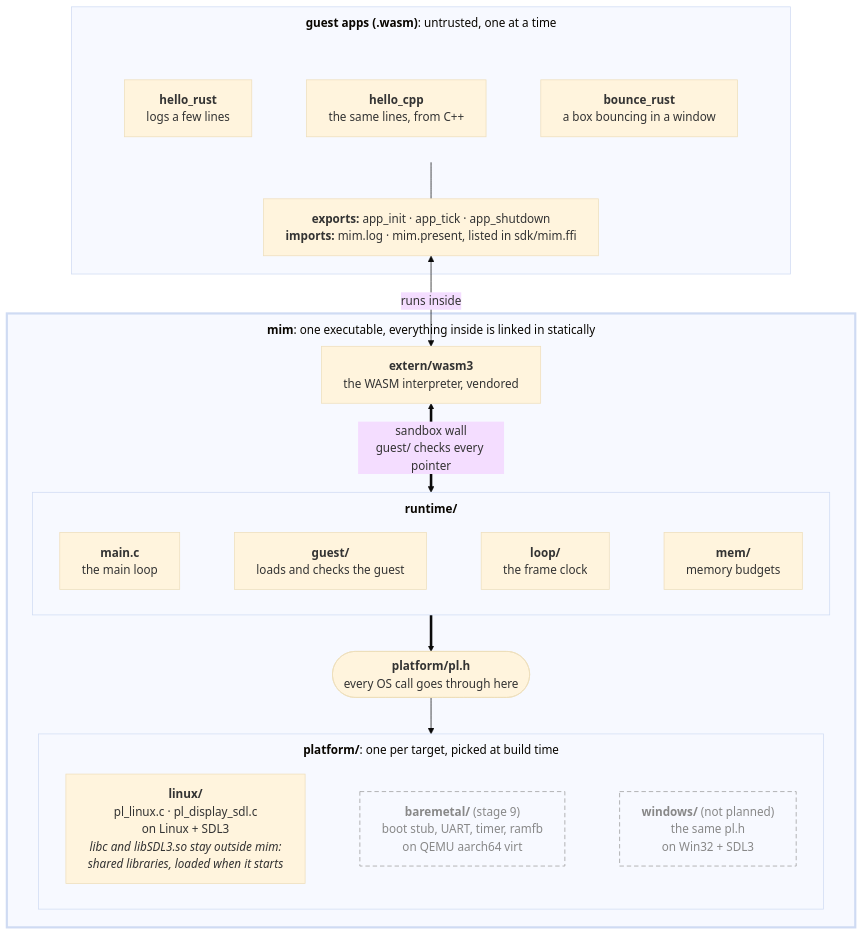
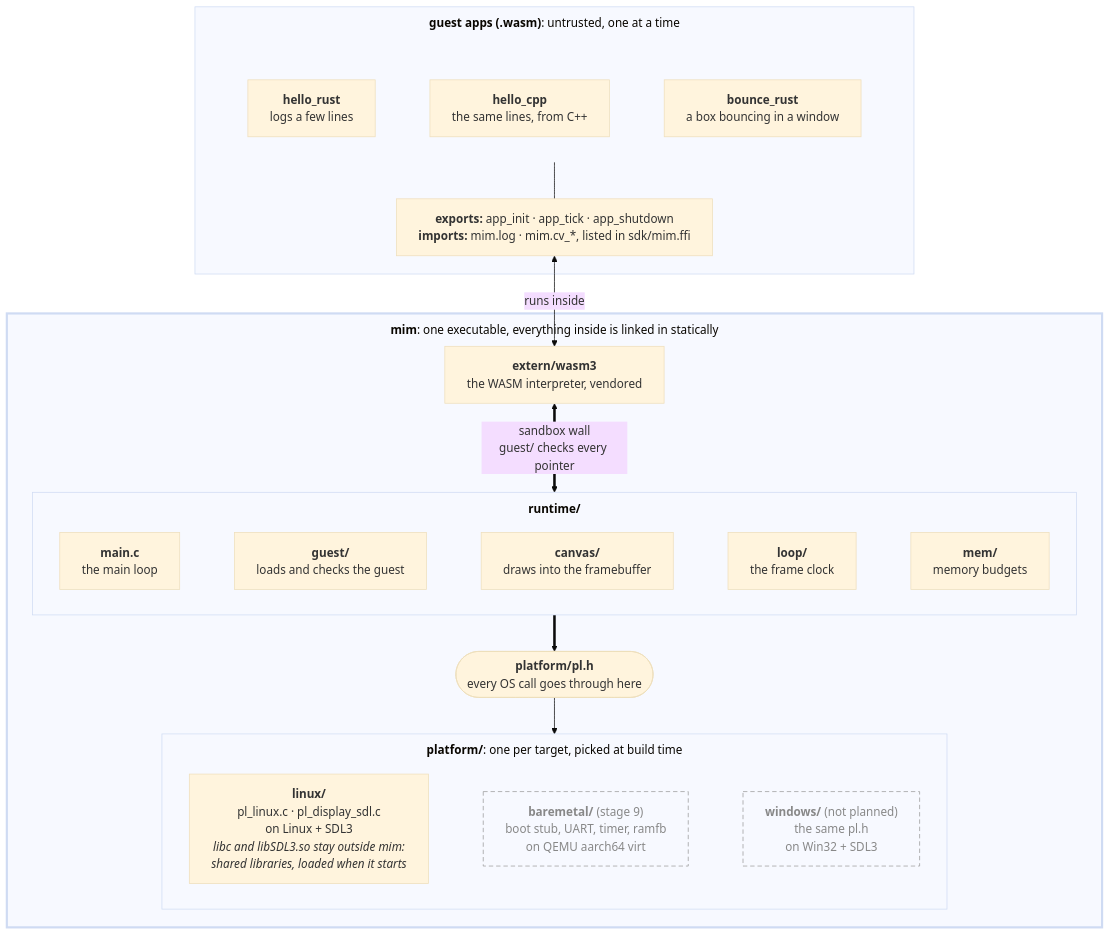
The first of 3 diagrams in README.md (arinal/mim), drawn with Mermaid (base theme) before and after one commit. The commit also changed other lines of this file and 26 other files, not shown here.

````diff
--- a/README.md
+++ b/README.md
@@ -12,51 +12,52 @@
 ```mermaid
 %%{init: {"flowchart": {"wrappingWidth": 400, "subGraphTitleMargin": {"top": 10, "bottom": 10}}}}%%
 flowchart TB
     accTitle: How MIM fits together
-    accDescr: Everything except the guest apps is one executable, mim; on Linux it loads libc and libSDL3 as shared libraries. Three untrusted WASM guest apps (hello_rust, hello_cpp, bounce_rust), loaded one at a time, run inside the wasm3 interpreter. Their imports reach the runtime's guest loader, which checks every pointer. The runtime reaches the OS only through platform/pl.h. Linux implements it today; bare metal in QEMU is planned for stage 9, and Windows is not planned.
+    accDescr: Everything except the guest apps is one executable, mim; on Linux it loads libc and libSDL3 as shared libraries. Three untrusted WASM guest apps (hello_rust, hello_cpp, bounce_rust), loaded one at a time, run inside the wasm3 interpreter. Their imports reach the runtime's guest loader, which checks every pointer and passes drawing calls to the canvas, which draws into the framebuffer. The runtime reaches the OS only through platform/pl.h. Linux implements it today; bare metal in QEMU is planned for stage 9, and Windows is not planned.
 
     subgraph apps["<b>guest apps (.wasm)</b>: untrusted, one at a time"]
         subgraph list[" "]
             direction LR
             hello_rust["<b>hello_rust</b><br/>logs a few lines"]
             hello_cpp["<b>hello_cpp</b><br/>the same lines, from C++"]
             bounce_rust["<b>bounce_rust</b><br/>a box bouncing in a window"]
             hello_rust ~~~ hello_cpp ~~~ bounce_rust
         end
-        abi["<b>exports:</b> app_init · app_tick · app_shutdown<br/><b>imports:</b> mim.log · mim.present, listed in sdk/mim.ffi"]
+        abi["<b>exports:</b> app_init · app_tick · app_shutdown<br/><b>imports:</b> mim.log · mim.cv_*, listed in sdk/mim.ffi"]
         list --- abi
     end
 
     subgraph mim["<b>mim</b>: one executable, everything inside is linked in statically"]
         wasm3["<b>extern/wasm3</b><br/>the WASM interpreter, vendored"]
 
         subgraph runtime["<b>runtime/</b>"]
             direction LR
             main["<b>main.c</b><br/>the main loop"]
             loader["<b>guest/</b><br/>loads and checks the guest"]
+            canvas["<b>canvas/</b><br/>draws into the framebuffer"]
             loop["<b>loop/</b><br/>the frame clock"]
             mem["<b>mem/</b><br/>memory budgets"]
-            main ~~~ loader ~~~ loop ~~~ mem
+            main ~~~ loader ~~~ canvas ~~~ loop ~~~ mem
         end
 
         pl(["<b>platform/pl.h</b><br/>every OS call goes through here"])
 
         subgraph platforms["<b>platform/</b>: one per target, picked at build time"]
             direction LR
             linux["<b>linux/</b><br/>pl_linux.c · pl_display_sdl.c<br/>on Linux + SDL3<br/><i>libc and libSDL3.so stay outside mim:<br/>shared libraries, loaded when it starts</i>"]
             baremetal["<b>baremetal/</b> (stage 9)<br/>boot stub, UART, timer, ramfb<br/>on QEMU aarch64 virt"]
             windows["<b>windows/</b> (not planned)<br/>the same pl.h<br/>on Win32 + SDL3"]
             linux ~~~ baremetal ~~~ windows
         end
     end
 
     abi <-- "runs inside" --> wasm3
     wasm3 <== "sandbox wall<br/>guest/ checks every pointer" ==> runtime
     runtime ==> pl
     pl --> platforms
 
     classDef planned fill:none,stroke:#999,stroke-dasharray:6 4,color:#888
     class baremetal,windows planned
     style mim stroke-width:3px
     style list fill:none,stroke:none
 ```
````
